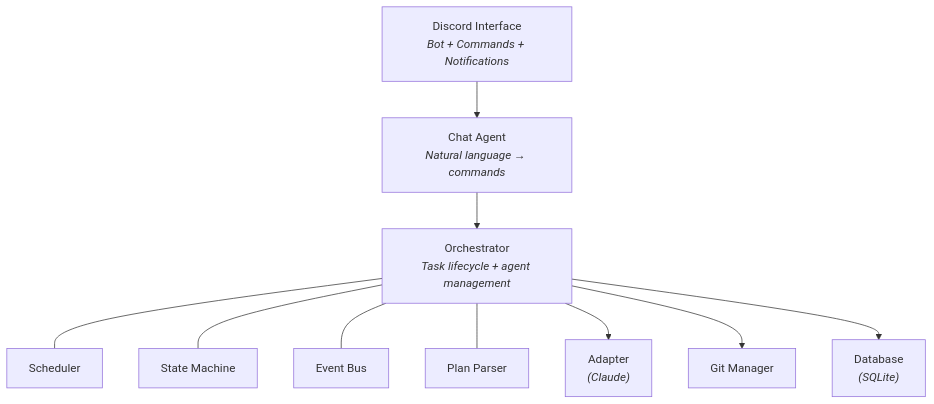
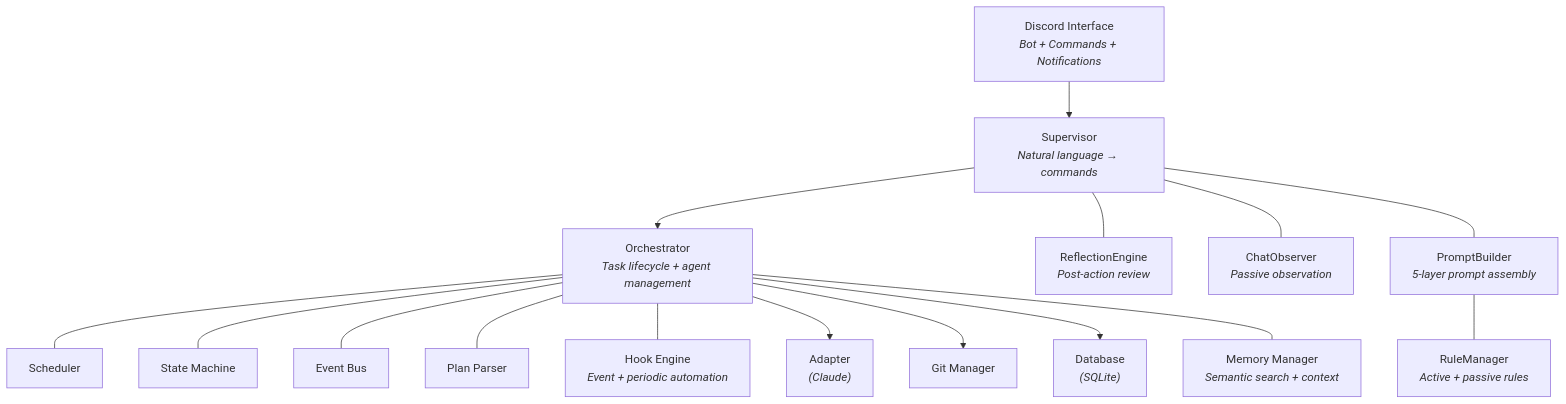
One commit to darcyle/agent-queue changed the diagram in docs/architecture.md. Above: the diagram before and after it, drawn with Mermaid. The commit also changed other lines of this file and 7 other files, not shown here.

````diff
--- a/docs/architecture.md
+++ b/docs/architecture.md
@@ -9,22 +9,34 @@
 ```mermaid
 graph TD
     Discord["Discord Interface<br/><i>Bot + Commands + Notifications</i>"]
-    Chat["Chat Agent<br/><i>Natural language → commands</i>"]
+    Supervisor["Supervisor<br/><i>Natural language → commands</i>"]
+    PB["PromptBuilder<br/><i>5-layer prompt assembly</i>"]
+    RM["RuleManager<br/><i>Active + passive rules</i>"]
+    Reflect["ReflectionEngine<br/><i>Post-action review</i>"]
+    ChatObs["ChatObserver<br/><i>Passive observation</i>"]
     Orch["Orchestrator<br/><i>Task lifecycle + agent management</i>"]
     Sched[Scheduler]
     SM[State Machine]
     EB[Event Bus]
     PP[Plan Parser]
+    Hooks["Hook Engine<br/><i>Event + periodic automation</i>"]
     Adapter["Adapter<br/><i>(Claude)</i>"]
     Git["Git Manager"]
     DB["Database<br/><i>(SQLite)</i>"]
+    Memory["Memory Manager<br/><i>Semantic search + context</i>"]
 
-    Discord --> Chat --> Orch
+    Discord --> Supervisor --> Orch
+    Supervisor --- PB
+    Supervisor --- Reflect
+    Supervisor --- ChatObs
+    PB --- RM
     Orch --- Sched
     Orch --- SM
     Orch --- EB
     Orch --- PP
+    Orch --- Hooks
     Orch --> Adapter
     Orch --> Git
     Orch --> DB
+    Orch --- Memory
 ```
````
